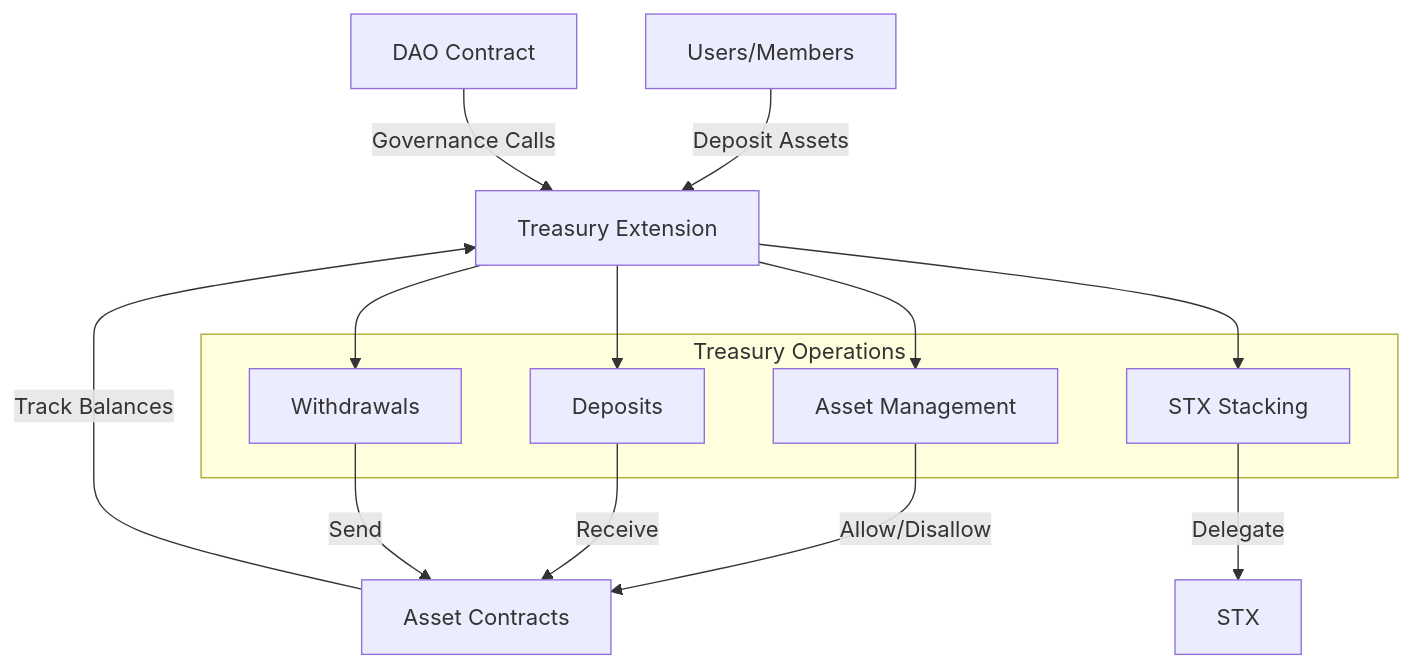
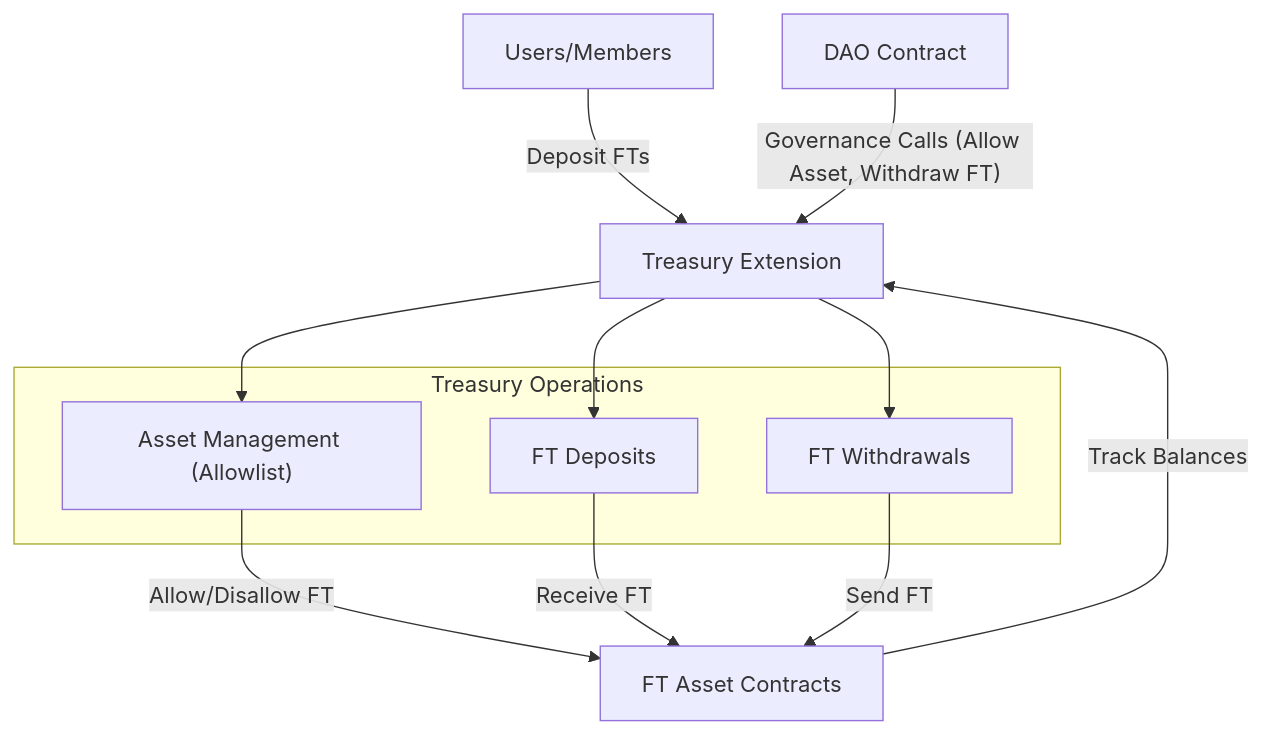
Before and after one commit to aibtcdev/aibtcdev-docs: the diagram in aibtc-contracts/dao-extensions/treasury.md, drawn with Mermaid. The commit also changed other lines of this file and 4 other files, not shown here.

Commit message:
refactor: Update docs for treasury, charter, messaging, token.

````diff
--- a/aibtc-contracts/dao-extensions/treasury.md
+++ b/aibtc-contracts/dao-extensions/treasury.md
@@ -28,27 +27,23 @@
 ```mermaid
 flowchart TD
     A["DAO Contract"]
     B["Treasury Extension"]
-    C["Asset Contracts"]
-    D["STX"]
+    C["FT Asset Contracts"]
     E["Users/Members"]
     
     subgraph Treasury Operations
-        BA["Asset Management"]
-        BB["Deposits"]
-        BC["Withdrawals"]
-        BD["STX Stacking"]
+        BA["Asset Management (Allowlist)"]
+        BB["FT Deposits"]
+        BC["FT Withdrawals"]
     end
     
-    E -->|"Deposit Assets"| B
-    A -->|"Governance Calls"| B
+    E -->|"Deposit FTs"| B
+    A -->|"Governance Calls (Allow Asset, Withdraw FT)"| B
     B --> BA
     B --> BB
     B --> BC
-    B --> BD
-    BA -->|"Allow/Disallow"| C
-    BB -->|"Receive"| C
-    BC -->|"Send"| C
-    BD -->|"Delegate"| D
+    BA -->|"Allow/Disallow FT"| C
+    BB -->|"Receive FT"| C
+    BC -->|"Send FT"| C
     C -->|"Track Balances"| B
 ```
````
